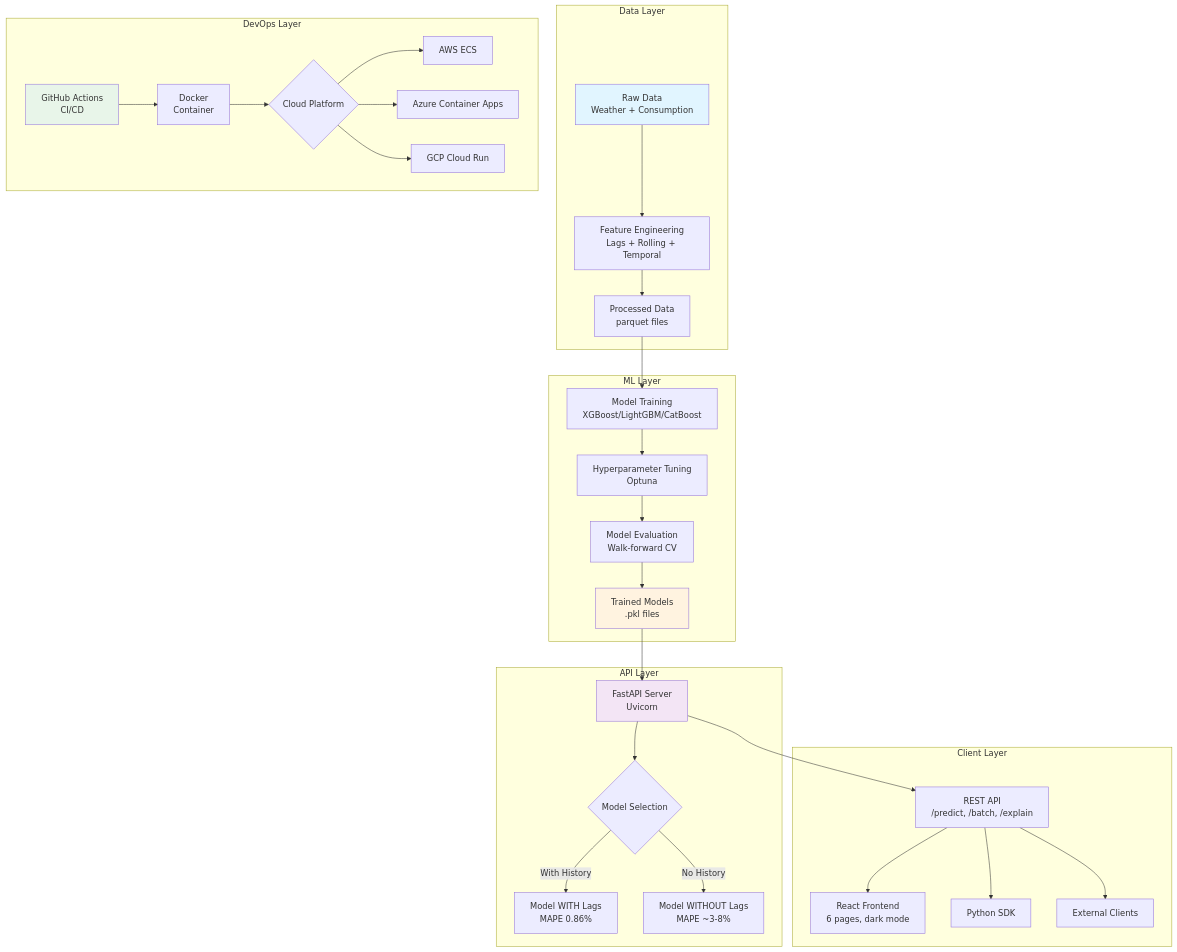
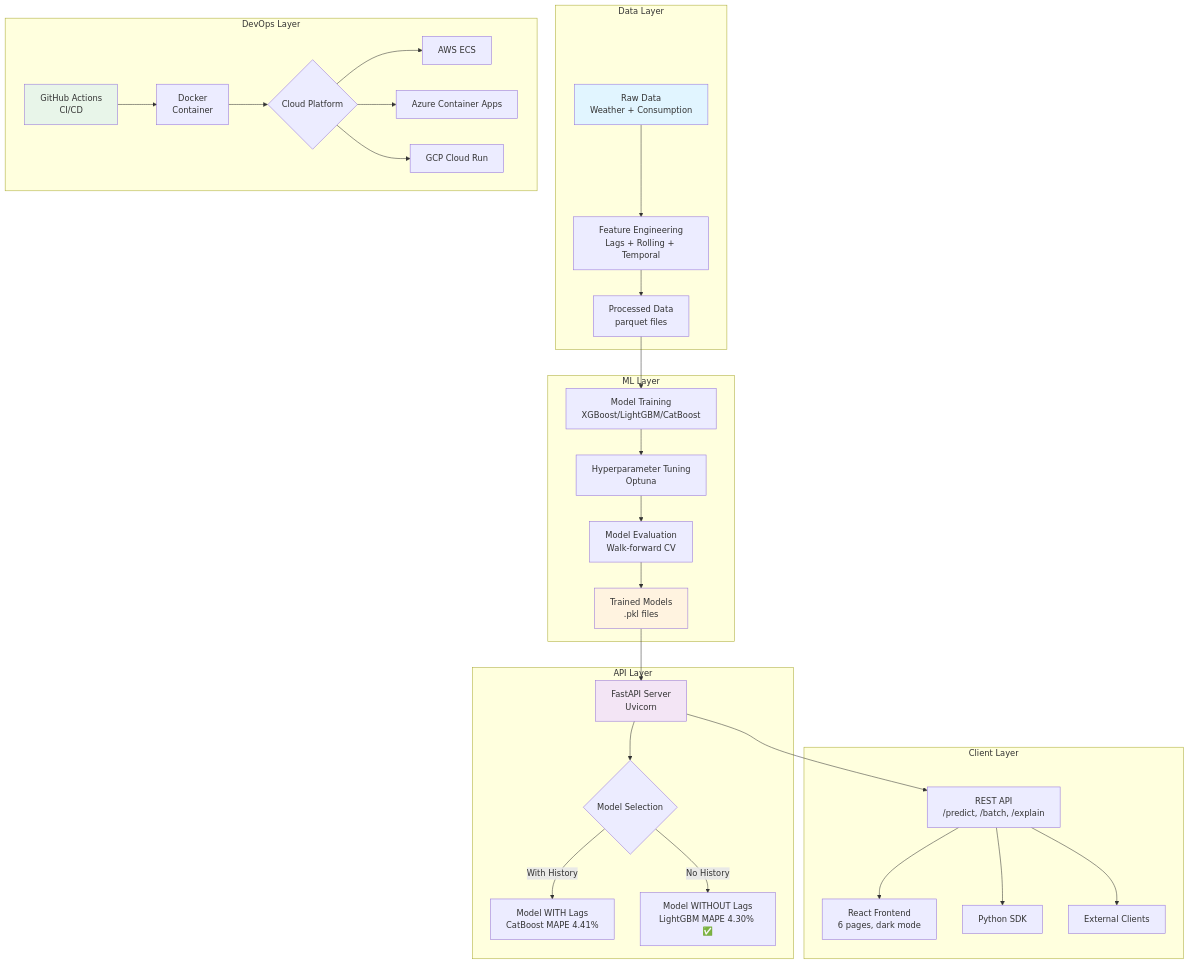
Before and after one commit to Pedrom2002/energy-forecast-pt: the first of 5 diagrams in docs/ARCHITECTURE.md, drawn with Mermaid. The commit also changed other lines of this file and 14 other files, not shown here.

````diff
--- a/docs/ARCHITECTURE.md
+++ b/docs/ARCHITECTURE.md
@@ -9,41 +9,41 @@
 ```mermaid
 graph TB
     subgraph "Data Layer"
         A[Raw Data<br/>Weather + Consumption] --> B[Feature Engineering<br/>Lags + Rolling + Temporal]
         B --> C[Processed Data<br/>parquet files]
     end
 
     subgraph "ML Layer"
         C --> D[Model Training<br/>XGBoost/LightGBM/CatBoost]
         D --> E[Hyperparameter Tuning<br/>Optuna]
         E --> F[Model Evaluation<br/>Walk-forward CV]
         F --> G[Trained Models<br/>.pkl files]
     end
 
     subgraph "API Layer"
         G --> H[FastAPI Server<br/>Uvicorn]
         H --> I{Model Selection}
-        I -->|With History| J[Model WITH Lags<br/>MAPE 0.86%]
-        I -->|No History| K[Model WITHOUT Lags<br/>MAPE ~3-8%]
+        I -->|With History| J[Model WITH Lags<br/>CatBoost MAPE 4.41%]
+        I -->|No History| K[Model WITHOUT Lags<br/>LightGBM MAPE 4.30% ✅]
     end
 
     subgraph "Client Layer"
         H --> L[REST API<br/>/predict, /batch, /explain]
         L --> M[React Frontend<br/>6 pages, dark mode]
         L --> N[Python SDK]
         L --> O[External Clients]
     end
 
     subgraph "DevOps Layer"
         P[GitHub Actions<br/>CI/CD] --> Q[Docker<br/>Container]
         Q --> R{Cloud Platform}
         R --> S[AWS ECS]
         R --> T[Azure Container Apps]
         R --> U[GCP Cloud Run]
     end
 
     style A fill:#e1f5ff
     style G fill:#fff3e0
     style H fill:#f3e5f5
     style P fill:#e8f5e9
 ```
````
